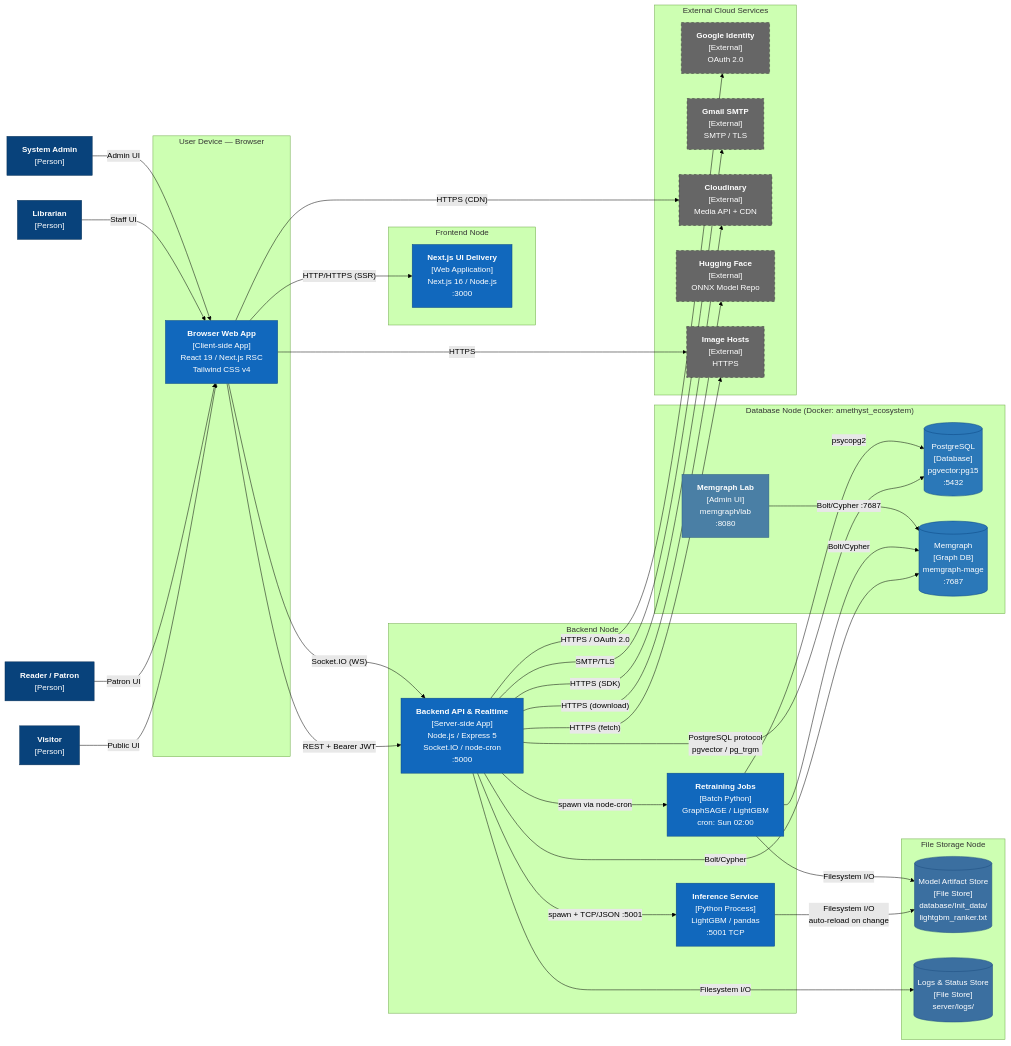
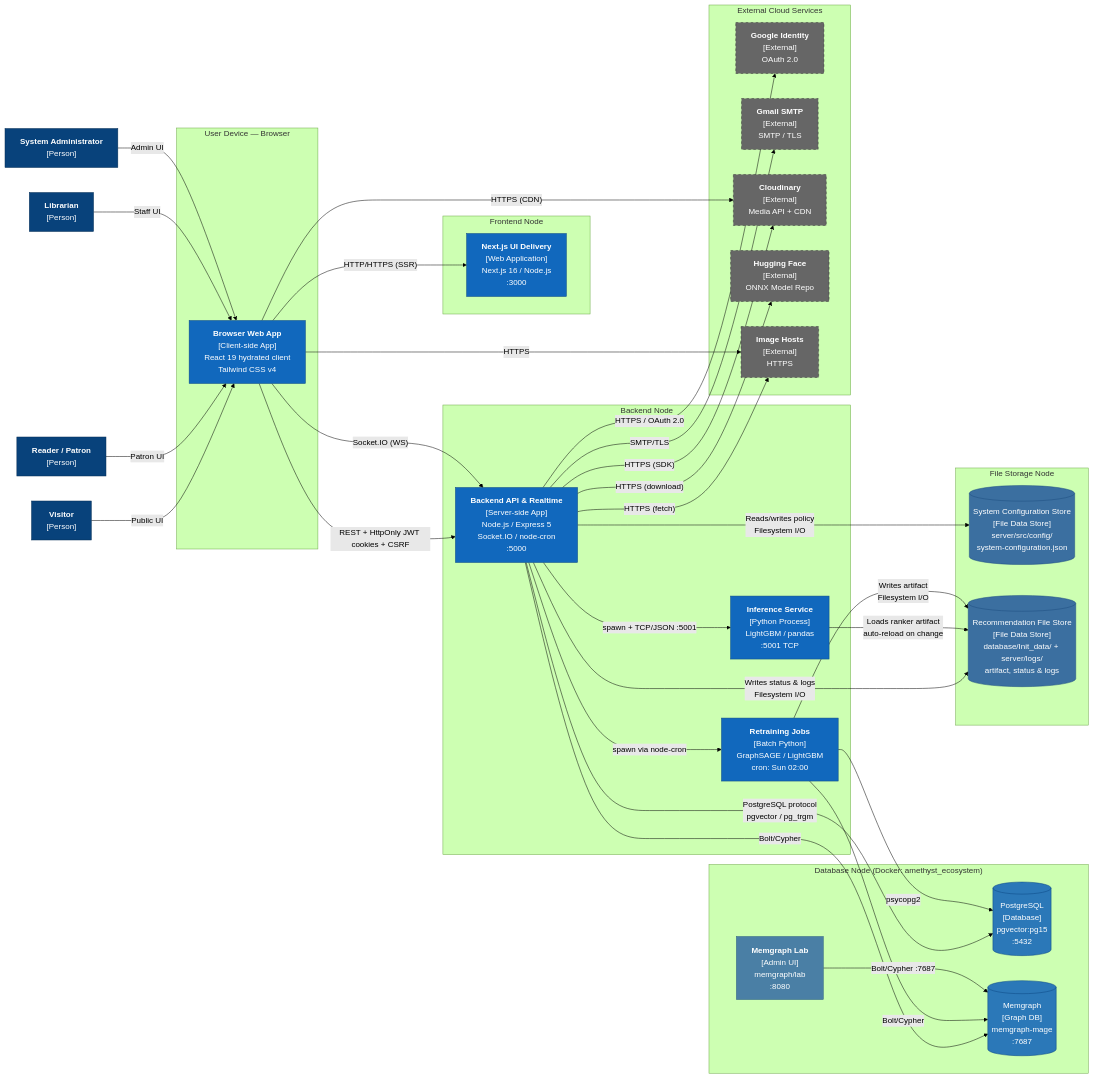
The diagram in docs/management/PA4/DeploymentDiagram.md (DuyNhat1705/AmeThyst-Library), drawn with Mermaid (forest theme) before and after one commit. The commit also changed other lines of this file and 13 other files, not shown here.

````diff
--- a/docs/management/PA4/DeploymentDiagram.md
+++ b/docs/management/PA4/DeploymentDiagram.md
@@ -27,11 +28,11 @@
     visitor["<b>Visitor</b><br/>[Person]"]
     patron["<b>Reader / Patron</b><br/>[Person]"]
     librarian["<b>Librarian</b><br/>[Person]"]
-    admin["<b>System Admin</b><br/>[Person]"]
+    admin["<b>System Administrator</b><br/>[Person]"]
 
     %% USER DEVICE
     subgraph UserDevice["User Device — Browser"]
-        browserApp["<b>Browser Web App</b><br/>[Client-side App]<br/>React 19 / Next.js RSC<br/>Tailwind CSS v4"]
+        browserApp["<b>Browser Web App</b><br/>[Client-side App]<br/>React 19 hydrated client<br/>Tailwind CSS v4"]
     end
 
     %% FRONTEND NODE
@@ -55,8 +56,8 @@
 
     %% FILE STORAGE NODE
     subgraph FileNode["File Storage Node"]
-        modelArtifact[("Model Artifact Store<br/>[File Store]<br/>database/Init_data/<br/>lightgbm_ranker.txt")]
-        logsStore[("Logs &amp; Status Store<br/>[File Store]<br/>server/logs/")]
+        configStore[("System Configuration Store<br/>[File Data Store]<br/>server/src/config/<br/>system-configuration.json")]
+        recFiles[("Recommendation File Store<br/>[File Data Store]<br/>database/Init_data/ + server/logs/<br/>artifact, status &amp; logs")]
     end
 
     %% EXTERNAL SERVICES
@@ -76,7 +77,7 @@
 
     %% BROWSER → SERVERS
     browserApp -->|"HTTP/HTTPS (SSR)"| uiServer
-    browserApp -->|"REST + Bearer JWT"| api
+    browserApp -->|"REST + HttpOnly JWT cookies + CSRF"| api
     browserApp -->|"Socket.IO (WS)"| api
     browserApp -->|"HTTPS (CDN)"| cloudinary
     browserApp -->|"HTTPS"| imageHosts
@@ -90,7 +91,8 @@
     api -->|"spawn via node-cron"| retrain
 
     %% API → FILE STORES
-    api -->|"Filesystem I/O"| logsStore
+    api -->|"Reads/writes policy<br/>Filesystem I/O"| configStore
+    api -->|"Writes status &amp; logs<br/>Filesystem I/O"| recFiles
 
     %% API → EXTERNAL
     api -->|"HTTPS / OAuth 2.0"| google
@@ -100,12 +102,12 @@
     api -->|"HTTPS (fetch)"| imageHosts
 
     %% INFERENCE ↔ FILE
-    inference -->|"Filesystem I/O<br/>auto-reload on change"| modelArtifact
+    inference -->|"Loads ranker artifact<br/>auto-reload on change"| recFiles
 
     %% RETRAINING → DATABASES + FILE
     retrain -->|"psycopg2"| postgres
     retrain -->|"Bolt/Cypher"| memgraph
-    retrain -->|"Filesystem I/O"| modelArtifact
+    retrain -->|"Writes artifact<br/>Filesystem I/O"| recFiles
 
     %% MEMGRAPH LAB
     lab -->|"Bolt/Cypher :7687"| memgraph
@@ -122,6 +124,6 @@
     class browserApp,uiServer,api,inference,retrain container;
     class postgres,memgraph database;
     class google,gmail,cloudinary,hf,imageHosts external;
-    class modelArtifact,logsStore filestore;
+    class configStore,recFiles filestore;
     class lab tool;
 ```
````
